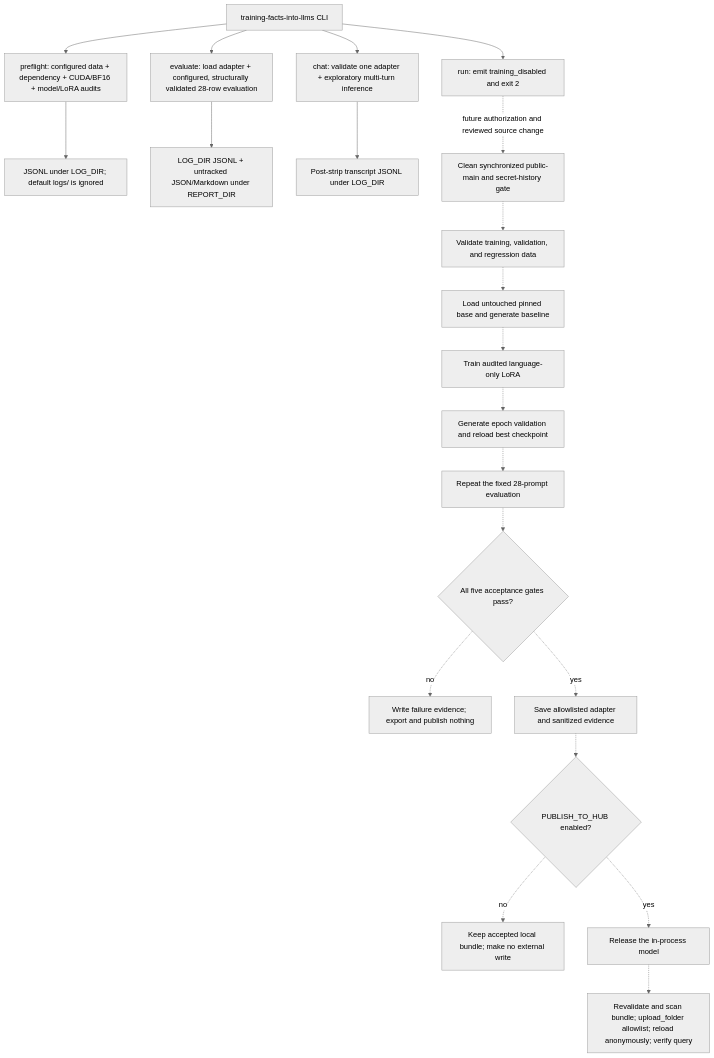
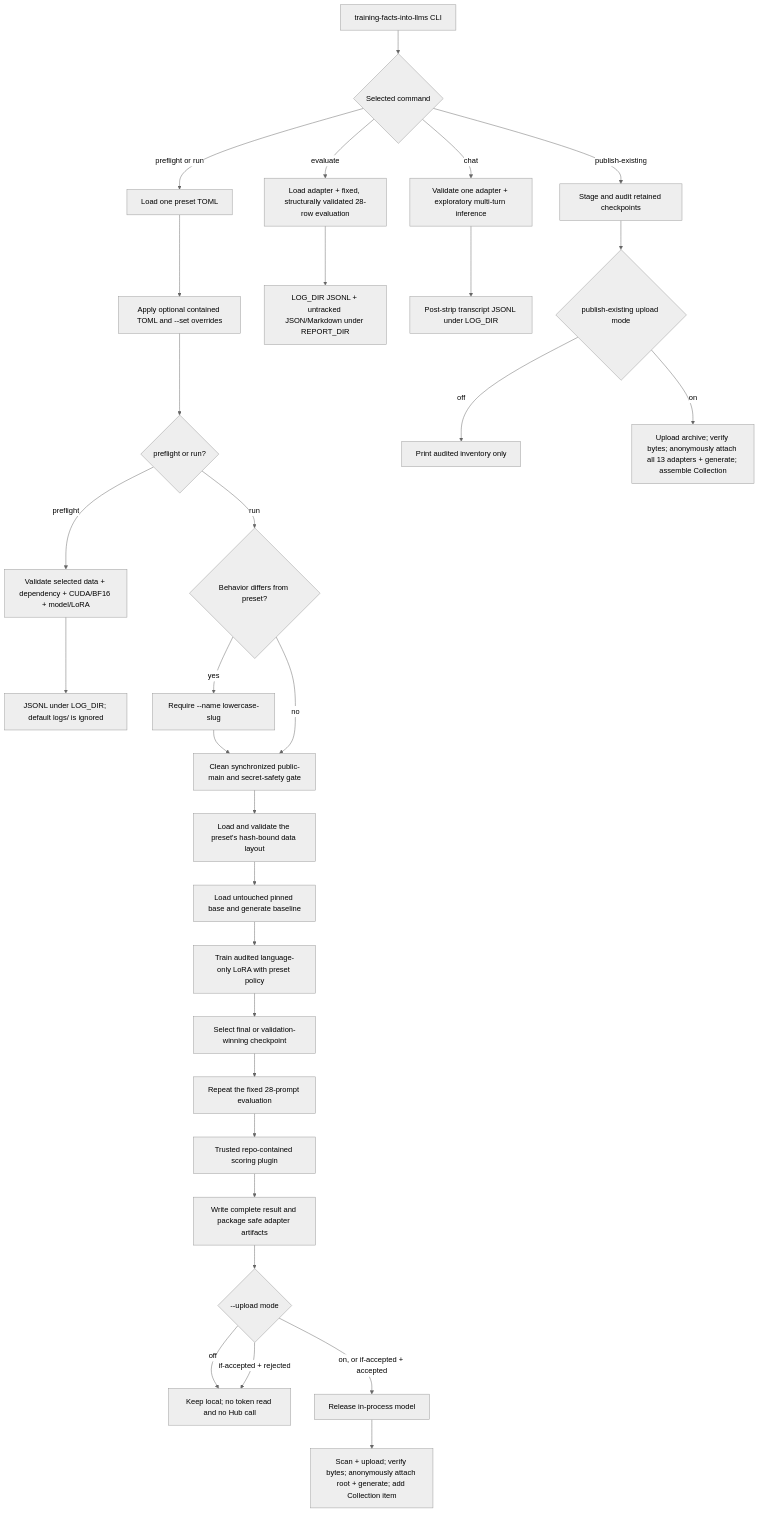
The diagram in README.md (BurnyCoder/fact-teaching), drawn with Mermaid (neutral theme) before and after one commit. The commit also changed other lines of this file and 8 other files, not shown here.

Commit message:
Document reproducible training and public archive

````diff
--- a/README.md
+++ b/README.md
@@ -146,23 +161,33 @@
 ```mermaid
 flowchart TD
-    CLI["training-facts-into-llms CLI"] --> RUN["run: emit training_disabled and exit 2"]
-    CLI --> PRE["preflight: configured data + dependency + CUDA/BF16 + model/LoRA audits"]
-    CLI --> EVAL["evaluate: load adapter + configured, structurally validated 28-row evaluation"]
-    CLI --> CHAT["chat: validate one adapter + exploratory multi-turn inference"]
+    CLI["training-facts-into-llms CLI"] --> COMMAND{"Selected command"}
+    COMMAND -- "preflight or run" --> CFG["Load one preset TOML"]
+    CFG --> OVR["Apply optional contained TOML and --set overrides"]
+    OVR --> MODE{"preflight or run?"}
+    MODE -- "preflight" --> PRE["Validate selected data + dependency + CUDA/BF16 + model/LoRA"]
+    MODE -- "run" --> NAME{"Behavior differs from preset?"}
+    NAME -- "yes" --> CNAME["Require --name lowercase-slug"]
+    NAME -- "no" --> GATE["Clean synchronized public-main and secret-safety gate"]
+    CNAME --> GATE
+    COMMAND -- "evaluate" --> EVAL["Load adapter + fixed, structurally validated 28-row evaluation"]
+    COMMAND -- "chat" --> CHAT["Validate one adapter + exploratory multi-turn inference"]
+    COMMAND -- "publish-existing" --> EXIST["Stage and audit retained checkpoints"]
     PRE --> ILOG["JSONL under LOG_DIR; default logs/ is ignored"]
     EVAL --> SREPORT["LOG_DIR JSONL + untracked JSON/Markdown under REPORT_DIR"]
     CHAT --> CLOG["Post-strip transcript JSONL under LOG_DIR"]
-    RUN -. "future authorization and reviewed source change" .-> GATE["Clean synchronized public-main and secret-history gate"]
-    GATE -.-> DATA["Validate training, validation, and regression data"]
-    DATA -.-> BASE["Load untouched pinned base and generate baseline"]
-    BASE -.-> TRAIN["Train audited language-only LoRA"]
-    TRAIN -.-> SELECT["Generate epoch validation and reload best checkpoint"]
-    SELECT -.-> TUNED["Repeat the fixed 28-prompt evaluation"]
-    TUNED -.-> ACCEPT{"All five acceptance gates pass?"}
-    ACCEPT -. "no" .-> FAIL["Write failure evidence; export and publish nothing"]
-    ACCEPT -. "yes" .-> SAVE["Save allowlisted adapter and sanitized evidence"]
-    SAVE -.-> PUB{"PUBLISH_TO_HUB enabled?"}
-    PUB -. "no" .-> LOCAL["Keep accepted local bundle; make no external write"]
-    PUB -. "yes" .-> RELEASE["Release the in-process model"]
-    RELEASE -.-> HUB["Revalidate and scan bundle; upload_folder allowlist; reload anonymously; verify query"]
+    GATE --> DATA["Load and validate the preset's hash-bound data layout"]
+    DATA --> BASE["Load untouched pinned base and generate baseline"]
+    BASE --> TRAIN["Train audited language-only LoRA with preset policy"]
+    TRAIN --> SELECT["Select final or validation-winning checkpoint"]
+    SELECT --> TUNED["Repeat the fixed 28-prompt evaluation"]
+    TUNED --> SCORE["Trusted repo-contained scoring plugin"]
+    SCORE --> REPORT["Write complete result and package safe adapter artifacts"]
+    REPORT --> UPLOAD{"--upload mode"}
+    UPLOAD -- "off" --> LOCAL["Keep local; no token read and no Hub call"]
+    UPLOAD -- "if-accepted + rejected" --> LOCAL
+    UPLOAD -- "on, or if-accepted + accepted" --> RELEASE["Release in-process model"]
+    RELEASE --> FUTUREHUB["Scan + upload; verify bytes; anonymously attach root + generate; add Collection item"]
+    EXIST --> AUDIT{"publish-existing upload mode"}
+    AUDIT -- "off" --> INVENTORY["Print audited inventory only"]
+    AUDIT -- "on" --> HISTHUB["Upload archive; verify bytes; anonymously attach all 13 adapters + generate; assemble Collection"]
 ```
````
